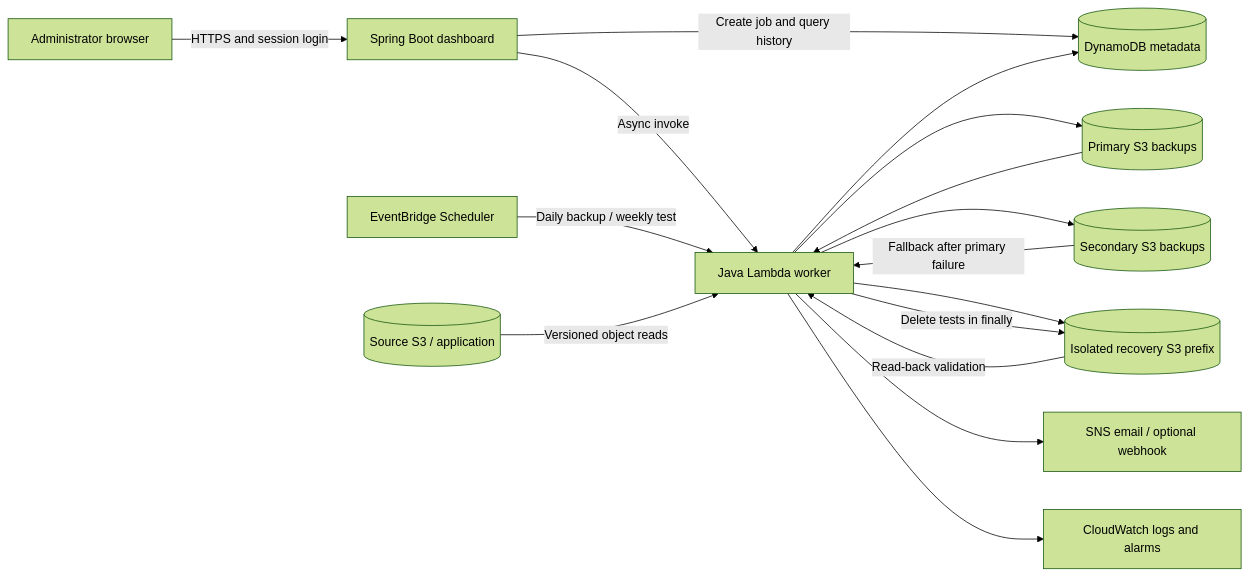
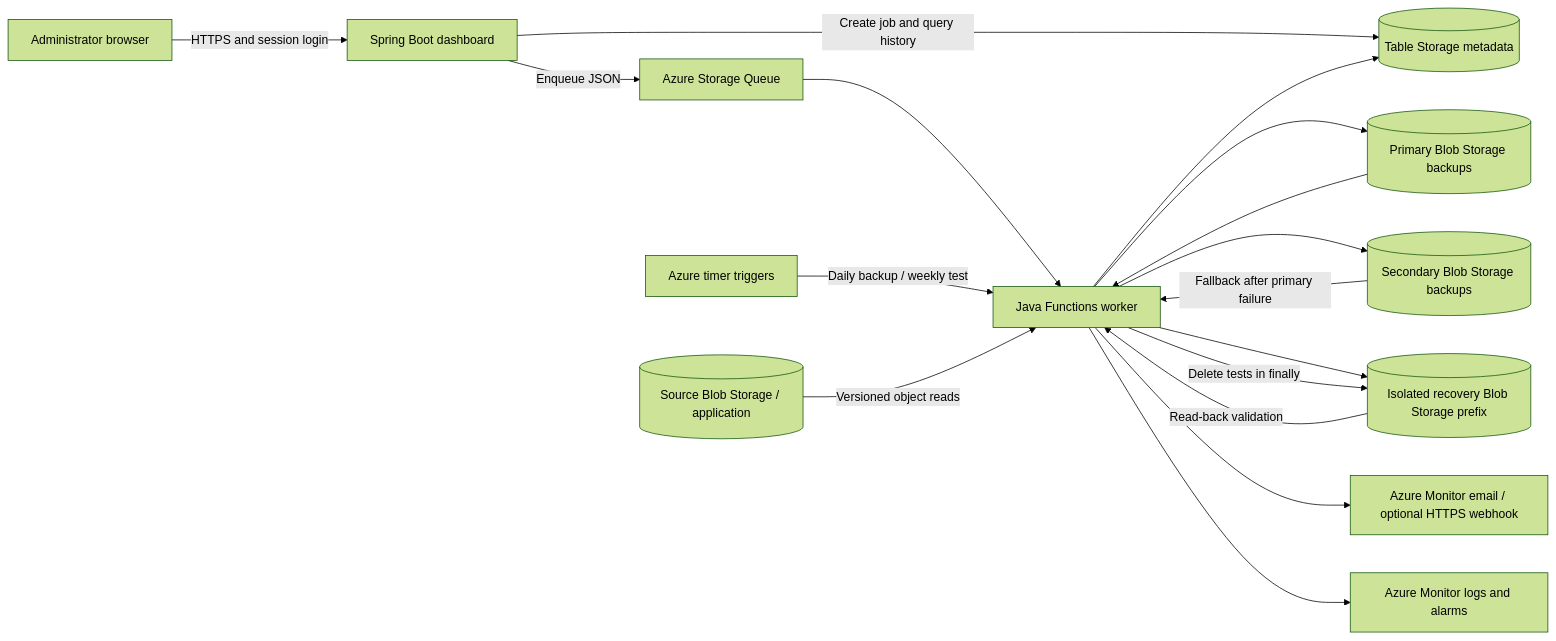
The first of 2 diagrams in docs/ARCHITECTURE.md (bh4askar/cloudshield), drawn with Mermaid (forest theme) before and after one commit. The commit also changed other lines of this file and 58 other files, not shown here.

Commit message:
Migrate cloud backup and recovery to Azure

````diff
--- a/docs/ARCHITECTURE.md
+++ b/docs/ARCHITECTURE.md
@@ -5,18 +5,19 @@
 ```mermaid
 flowchart LR
   A[Administrator browser] -->|HTTPS and session login| W[Spring Boot dashboard]
-  W -->|Create job and query history| D[(DynamoDB metadata)]
-  W -->|Async invoke| L[Java Lambda worker]
-  E[EventBridge Scheduler] -->|Daily backup / weekly test| L
-  S[(Source S3 / application)] -->|Versioned object reads| L
-  L --> P[(Primary S3 backups)]
-  L --> R[(Secondary S3 backups)]
+  W -->|Create job and query history| D[(Table Storage metadata)]
+  W -->|Enqueue JSON| Q[Azure Storage Queue]
+  Q --> L[Java Functions worker]
+  E[Azure timer triggers] -->|Daily backup / weekly test| L
+  S[(Source Blob Storage / application)] -->|Versioned object reads| L
+  L --> P[(Primary Blob Storage backups)]
+  L --> R[(Secondary Blob Storage backups)]
   P --> L
   R -->|Fallback after primary failure| L
-  L --> T[(Isolated recovery S3 prefix)]
+  L --> T[(Isolated recovery Blob Storage prefix)]
   T -->|Read-back validation| L
   L -->|Delete tests in finally| T
   L --> D
-  L --> N[SNS email / optional webhook]
-  L --> C[CloudWatch logs and alarms]
+  L --> N[Azure Monitor email / optional HTTPS webhook]
+  L --> C[Azure Monitor logs and alarms]
 ```
````
